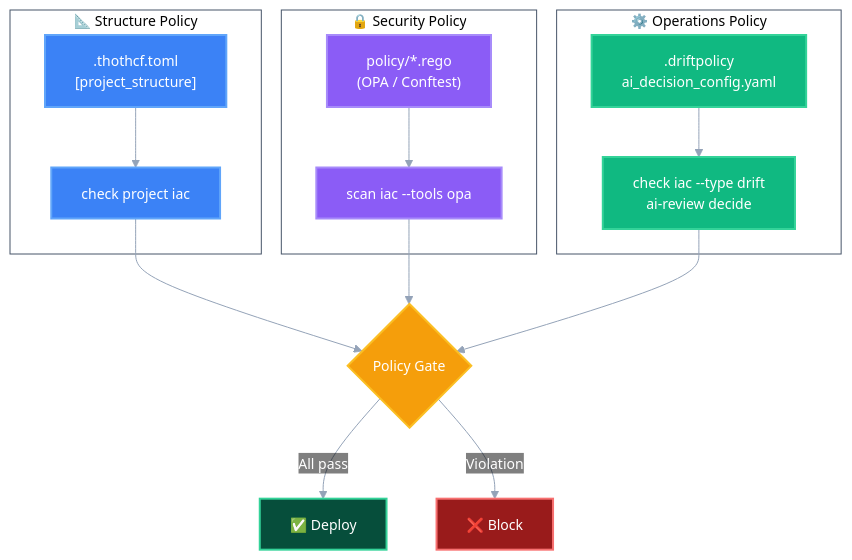
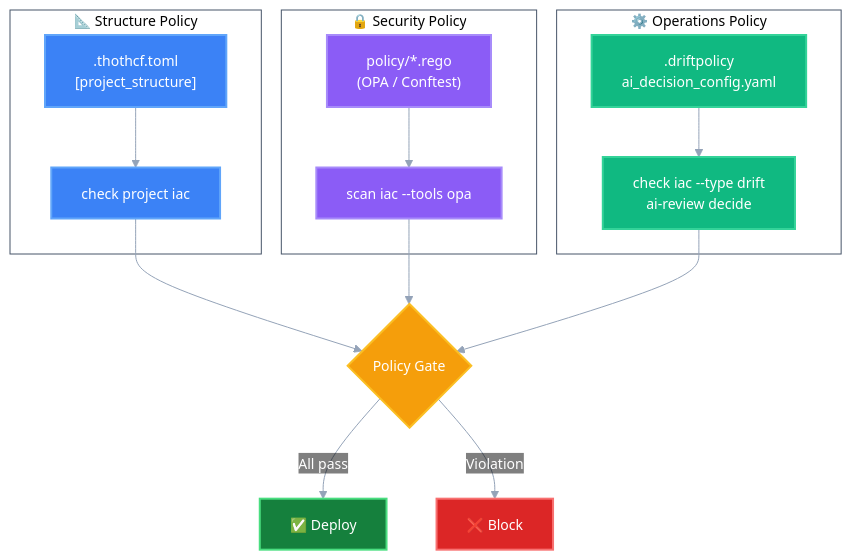
The first of 3 diagrams in docs/framework/policy_as_code.md (thothforge/thothctl), drawn with Mermaid before and after one commit.

Commit message:
fix: white text on Deploy/Block nodes in policy mermaid diagram

````diff
--- a/docs/framework/policy_as_code.md
+++ b/docs/framework/policy_as_code.md
@@ -7,62 +7,62 @@
 ```mermaid
 %%{init: {'theme':'base', 'themeVariables': {
   'primaryColor':'#3b82f6',
   'primaryTextColor':'#ffffff',
   'primaryBorderColor':'#2563eb',
   'lineColor':'#94a3b8',
   'secondaryColor':'#10b981',
   'tertiaryColor':'#8b5cf6',
   'background':'transparent',
   'mainBkg':'#3b82f6',
   'secondBkg':'#10b981',
   'tertiaryBkg':'#8b5cf6',
   'clusterBkg':'rgba(241, 245, 249, 0.05)',
   'clusterBorder':'#475569',
   'titleColor':'currentColor',
   'edgeLabelBackground':'transparent',
   'nodeTextColor':'#ffffff',
   'textColor':'currentColor',
   'nodeBorder':'#1e293b',
   'fontSize':'14px'
 }}}%%
 graph TB
     subgraph Structure["📐 Structure Policy"]
         S1[".thothcf.toml<br/>[project_structure]"]
         S2["check project iac"]
     end
 
     subgraph Security["🔒 Security Policy"]
         P1["policy/*.rego<br/>(OPA / Conftest)"]
         P2["scan iac --tools opa"]
     end
 
     subgraph Operations["⚙️ Operations Policy"]
         O1[".driftpolicy<br/>ai_decision_config.yaml"]
         O2["check iac --type drift<br/>ai-review decide"]
     end
 
     S1 --> S2
     P1 --> P2
     O1 --> O2
 
     S2 --> Gate{"Policy Gate"}
     P2 --> Gate
     O2 --> Gate
 
     Gate -->|All pass| Deploy["✅ Deploy"]
     Gate -->|Violation| Block["❌ Block"]
 
     classDef structStyle fill:#3b82f6,stroke:#60a5fa,stroke-width:2px,color:#fff
     classDef secStyle fill:#8b5cf6,stroke:#a78bfa,stroke-width:2px,color:#fff
     classDef opsStyle fill:#10b981,stroke:#34d399,stroke-width:2px,color:#fff
     classDef gateStyle fill:#f59e0b,stroke:#fbbf24,stroke-width:2px,color:#fff
-    classDef resultStyle fill:#064e3b,stroke:#34d399,stroke-width:2px,color:#fff
-    classDef blockStyle fill:#991b1b,stroke:#f87171,stroke-width:2px,color:#fff
+    classDef resultStyle fill:#15803d,stroke:#4ade80,stroke-width:2px,color:#ffffff
+    classDef blockStyle fill:#dc2626,stroke:#f87171,stroke-width:2px,color:#ffffff
 
     class S1,S2 structStyle
     class P1,P2 secStyle
     class O1,O2 opsStyle
     class Gate gateStyle
     class Deploy resultStyle
     class Block blockStyle
 ```
````
